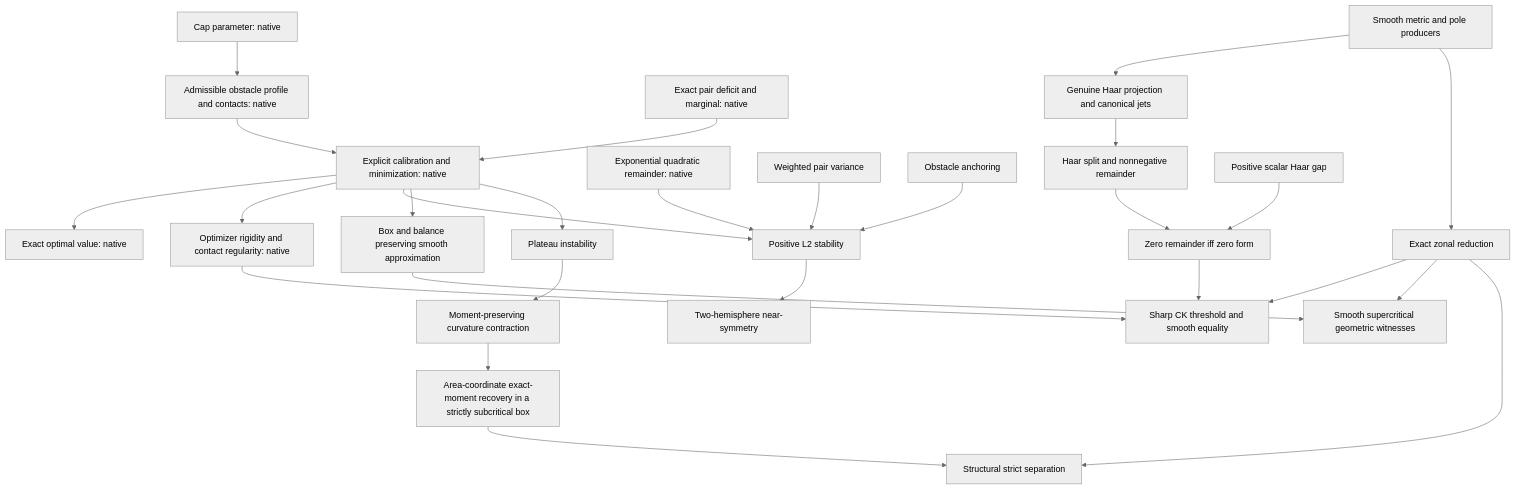
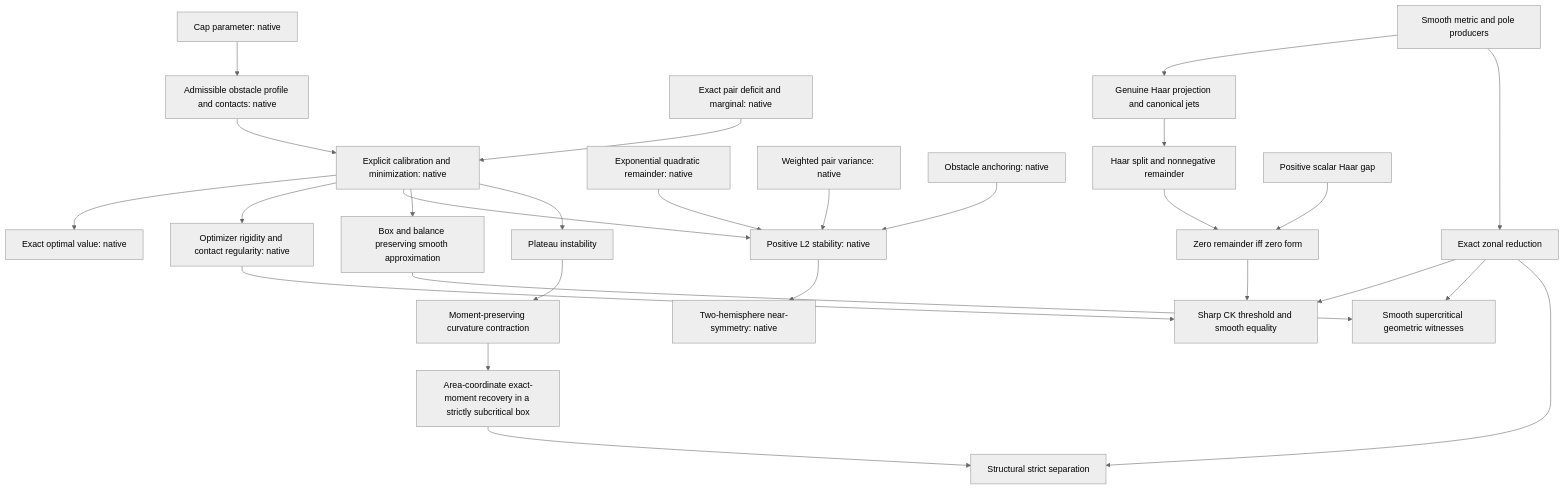
Before and after one commit to qinz1yang/ricci-flow-sharp-estimate: the diagram in docs/mathematical-status.md, drawn with Mermaid (neutral theme). The commit also changed other lines of this file and 46 other files, not shown here.

Commit message:
Prove explicit L2 deficit stability and hemisphere symmetry bounds

````diff
--- a/docs/mathematical-status.md
+++ b/docs/mathematical-status.md
@@ -50,29 +53,29 @@
 ```mermaid
 flowchart TD
   P[Cap parameter: native] --> O[Admissible obstacle profile and contacts: native]
   D[Exact pair deficit and marginal: native] --> C[Explicit calibration and minimization: native]
   C --> OV[Exact optimal value: native]
   O --> C
   C --> R[Optimizer rigidity and contact regularity: native]
-  E[Exponential quadratic remainder: native] --> S[Positive L2 stability]
-  V[Weighted pair variance] --> S
-  A[Obstacle anchoring] --> S
+  E[Exponential quadratic remainder: native] --> S[Positive L2 stability: native]
+  V[Weighted pair variance: native] --> S
+  A[Obstacle anchoring: native] --> S
   C --> S
-  S --> N[Two-hemisphere near-symmetry]
+  S --> N[Two-hemisphere near-symmetry: native]
   G[Smooth metric and pole producers] --> H[Genuine Haar projection and canonical jets]
   G --> J[Exact zonal reduction]
   H --> Q[Haar split and nonnegative remainder]
   W[Positive scalar Haar gap] --> Z[Zero remainder iff zero form]
   Q --> Z
   R --> CK[Sharp CK threshold and smooth equality]
   Z --> CK
   J --> CK
   C --> B[Box and balance preserving smooth approximation]
   B --> X[Smooth supercritical geometric witnesses]
   J --> X
   T[Plateau instability] --> TC[Moment-preserving curvature contraction]
   TC --> F[Area-coordinate exact-moment recovery in a strictly subcritical box]
   F --> SEP[Structural strict separation]
   C --> T
   J --> SEP
 ```
````
